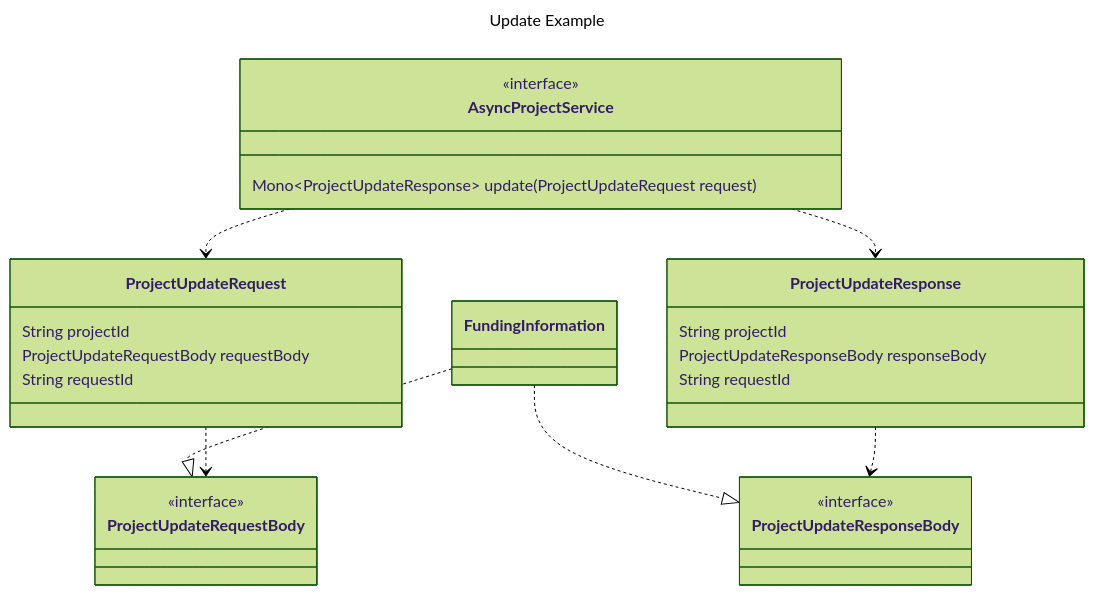
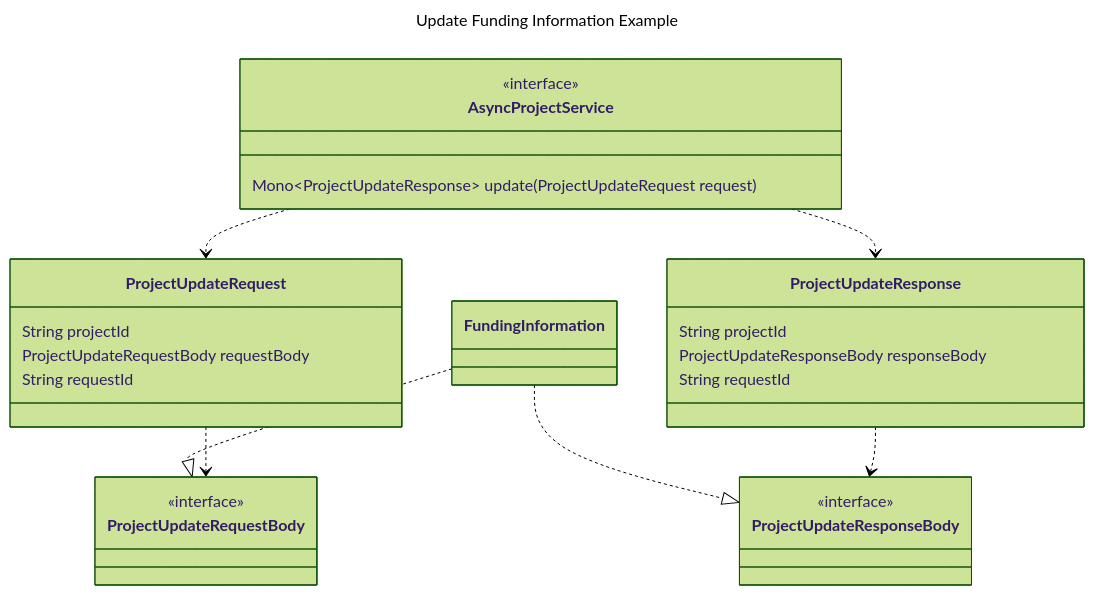
One commit to qbicsoftware/data-manager-app changed the seventh of 8 diagrams in service_api.md. Above: the diagram before and after it, drawn with Mermaid (forest theme). The commit also changed other lines of this file, not shown here.

````diff
--- a/service_api.md
+++ b/service_api.md
@@ -63,45 +181,41 @@
 ```mermaid
 ---
-title: Update Example
+title: Update Funding Information Example
 ---
 classDiagram
     class AsyncProjectService {
         Mono~ProjectUpdateResponse~ update(ProjectUpdateRequest request)
     }
     <<interface>> AsyncProjectService
     AsyncProjectService ..> ProjectUpdateRequest
     AsyncProjectService ..> ProjectUpdateResponse
-    
+
     class ProjectUpdateRequest {
         String projectId
         ProjectUpdateRequestBody requestBody
         String requestId
     }
-    
+
     class ProjectUpdateResponse {
         String projectId
         ProjectUpdateResponseBody responseBody
         String requestId
     }
-    
+
     class ProjectUpdateRequestBody {
-       
     }
     <<interface>> ProjectUpdateRequestBody
-    
+
     class ProjectUpdateResponseBody {
-        
     }
     <<interface>> ProjectUpdateResponseBody
-    
-    
-    class FundingInformation 
+
+    class FundingInformation
     FundingInformation ..|> ProjectUpdateRequestBody
     FundingInformation ..|> ProjectUpdateResponseBody
-  
     ProjectUpdateRequest ..> ProjectUpdateRequestBody
     ProjectUpdateResponse ..> ProjectUpdateResponseBody
-    
-    
-    
+
+
+
 ```
````
